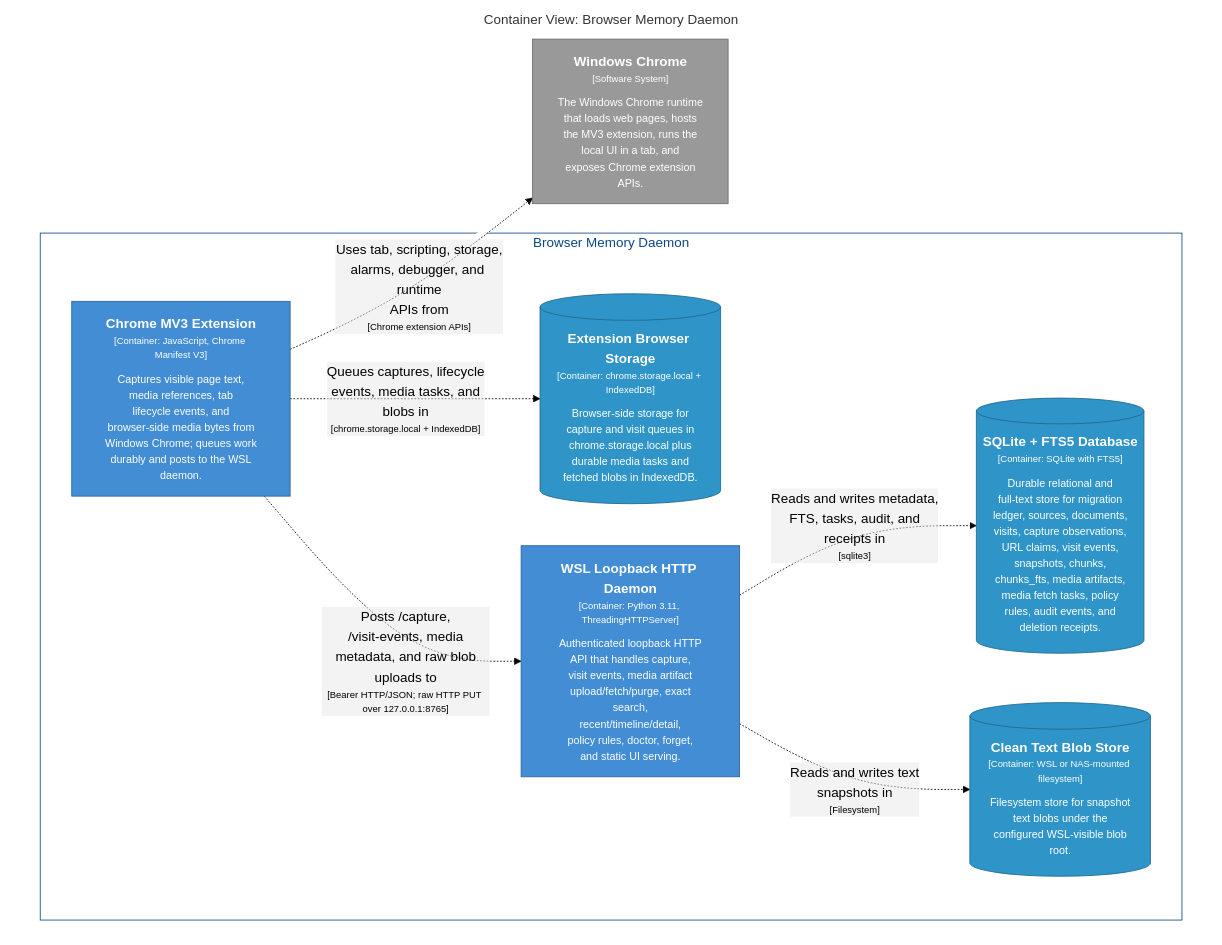
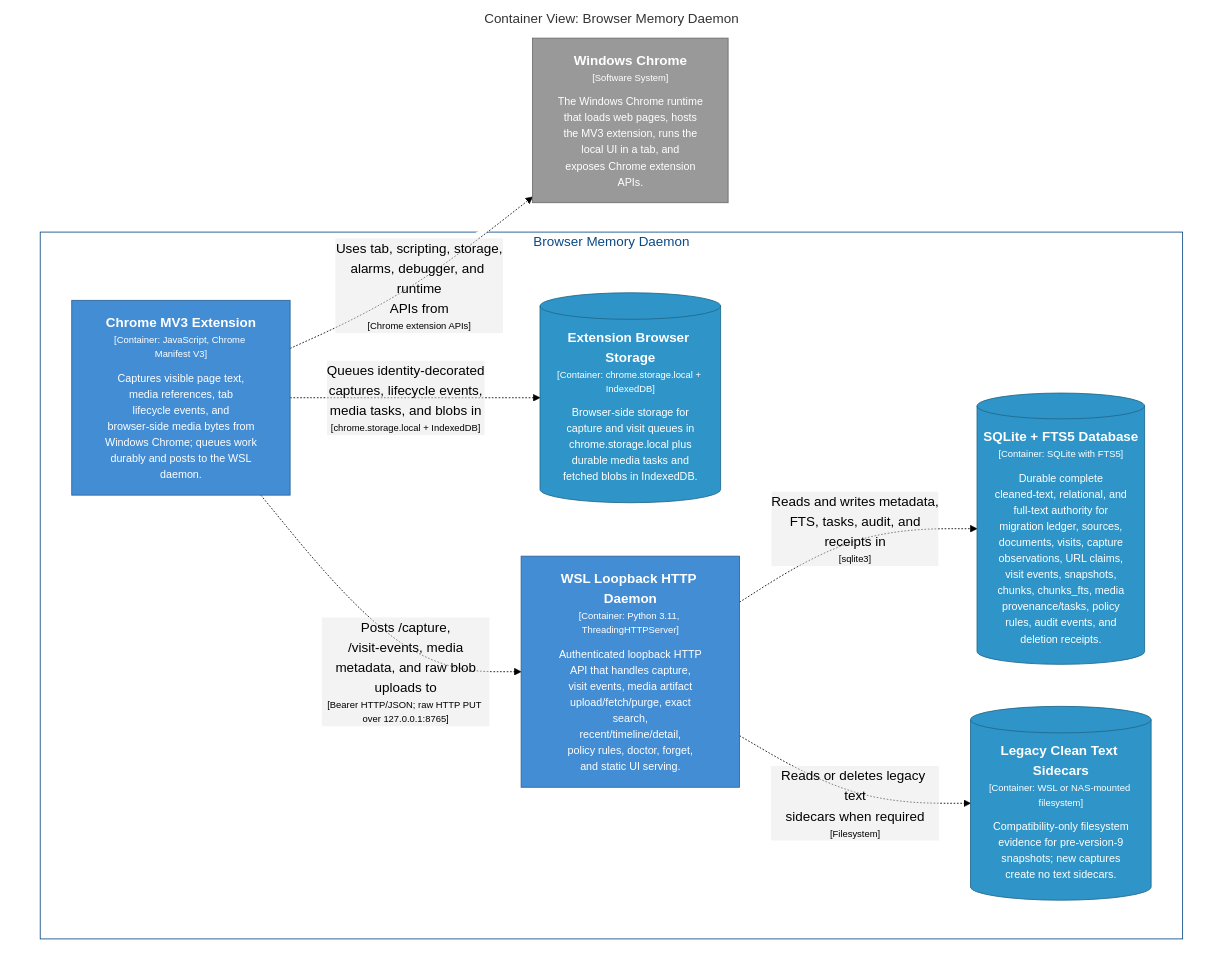
One commit to michaelnicks0/browser-memory-daemon changed the diagram in docs/architecture/diagrams/markdown/CaptureContainers.md. Above: the diagram before and after it, drawn with Mermaid (forest theme). The commit also changed 196 other files, not shown here.

Commit message:
feat(storage): make SQLite authoritative for snapshot text

````diff
--- a/docs/architecture/diagrams/markdown/CaptureContainers.md
+++ b/docs/architecture/diagrams/markdown/CaptureContainers.md
@@ -16,33 +16,33 @@
 ```mermaid
 graph TB
   linkStyle default fill:#ffffff
 
   subgraph diagram ["Container View: Browser Memory Daemon"]
     style diagram fill:#ffffff,stroke:#ffffff
 
     2["<div style='font-weight: bold'>Windows Chrome</div><div style='font-size: 70%; margin-top: 0px'>[Software System]</div><div style='font-size: 80%; margin-top:10px'>The Windows Chrome runtime<br />that loads web pages, hosts<br />the MV3 extension, runs the<br />local UI in a tab, and<br />exposes Chrome extension<br />APIs.</div>"]
     style 2 fill:#999999,stroke:#6b6b6b,color:#ffffff
 
     subgraph 4 ["Browser Memory Daemon"]
       style 4 fill:#ffffff,stroke:#0b4884,color:#0b4884
 
       13[("<div style='font-weight: bold'>Extension Browser Storage</div><div style='font-size: 70%; margin-top: 0px'>[Container: chrome.storage.local + IndexedDB]</div><div style='font-size: 80%; margin-top:10px'>Browser-side storage for<br />capture and visit queues in<br />chrome.storage.local plus<br />durable media tasks and<br />fetched blobs in IndexedDB.</div>")]
       style 13 fill:#2f95c8,stroke:#20688c,color:#ffffff
       14["<div style='font-weight: bold'>WSL Loopback HTTP Daemon</div><div style='font-size: 70%; margin-top: 0px'>[Container: Python 3.11, ThreadingHTTPServer]</div><div style='font-size: 80%; margin-top:10px'>Authenticated loopback HTTP<br />API that handles capture,<br />visit events, media artifact<br />upload/fetch/purge, exact<br />search,<br />recent/timeline/detail,<br />policy rules, doctor, forget,<br />and static UI serving.</div>"]
       style 14 fill:#438dd5,stroke:#2e6295,color:#ffffff
-      28[("<div style='font-weight: bold'>SQLite + FTS5 Database</div><div style='font-size: 70%; margin-top: 0px'>[Container: SQLite with FTS5]</div><div style='font-size: 80%; margin-top:10px'>Durable relational and<br />full-text store for migration<br />ledger, sources, documents,<br />visits, capture observations,<br />URL claims, visit events,<br />snapshots, chunks,<br />chunks_fts, media artifacts,<br />media fetch tasks, policy<br />rules, audit events, and<br />deletion receipts.</div>")]
-      style 28 fill:#2f95c8,stroke:#20688c,color:#ffffff
-      29[("<div style='font-weight: bold'>Clean Text Blob Store</div><div style='font-size: 70%; margin-top: 0px'>[Container: WSL or NAS-mounted filesystem]</div><div style='font-size: 80%; margin-top:10px'>Filesystem store for snapshot<br />text blobs under the<br />configured WSL-visible blob<br />root.</div>")]
+      29[("<div style='font-weight: bold'>SQLite + FTS5 Database</div><div style='font-size: 70%; margin-top: 0px'>[Container: SQLite with FTS5]</div><div style='font-size: 80%; margin-top:10px'>Durable complete<br />cleaned-text, relational, and<br />full-text authority for<br />migration ledger, sources,<br />documents, visits, capture<br />observations, URL claims,<br />visit events, snapshots,<br />chunks, chunks_fts, media<br />provenance/tasks, policy<br />rules, audit events, and<br />deletion receipts.</div>")]
       style 29 fill:#2f95c8,stroke:#20688c,color:#ffffff
+      30[("<div style='font-weight: bold'>Legacy Clean Text Sidecars</div><div style='font-size: 70%; margin-top: 0px'>[Container: WSL or NAS-mounted filesystem]</div><div style='font-size: 80%; margin-top:10px'>Compatibility-only filesystem<br />evidence for pre-version-9<br />snapshots; new captures<br />create no text sidecars.</div>")]
+      style 30 fill:#2f95c8,stroke:#20688c,color:#ffffff
       5["<div style='font-weight: bold'>Chrome MV3 Extension</div><div style='font-size: 70%; margin-top: 0px'>[Container: JavaScript, Chrome Manifest V3]</div><div style='font-size: 80%; margin-top:10px'>Captures visible page text,<br />media references, tab<br />lifecycle events, and<br />browser-side media bytes from<br />Windows Chrome; queues work<br />durably and posts to the WSL<br />daemon.</div>"]
       style 5 fill:#438dd5,stroke:#2e6295,color:#ffffff
     end
 
     5-. "<div>Uses tab, scripting, storage,<br />alarms, debugger, and runtime<br />APIs from</div><div style='font-size: 70%'>[Chrome extension APIs]</div>" .->2
-    5-. "<div>Queues captures, lifecycle<br />events, media tasks, and<br />blobs in</div><div style='font-size: 70%'>[chrome.storage.local + IndexedDB]</div>" .->13
+    5-. "<div>Queues identity-decorated<br />captures, lifecycle events,<br />media tasks, and blobs in</div><div style='font-size: 70%'>[chrome.storage.local + IndexedDB]</div>" .->13
     5-. "<div>Posts /capture,<br />/visit-events, media<br />metadata, and raw blob<br />uploads to</div><div style='font-size: 70%'>[Bearer HTTP/JSON; raw HTTP PUT over 127.0.0.1:8765]</div>" .->14
-    14-. "<div>Reads and writes metadata,<br />FTS, tasks, audit, and<br />receipts in</div><div style='font-size: 70%'>[sqlite3]</div>" .->28
-    14-. "<div>Reads and writes text<br />snapshots in</div><div style='font-size: 70%'>[Filesystem]</div>" .->29
+    14-. "<div>Reads and writes metadata,<br />FTS, tasks, audit, and<br />receipts in</div><div style='font-size: 70%'>[sqlite3]</div>" .->29
+    14-. "<div>Reads or deletes legacy text<br />sidecars when required</div><div style='font-size: 70%'>[Filesystem]</div>" .->30
 
   end
 ```
````
